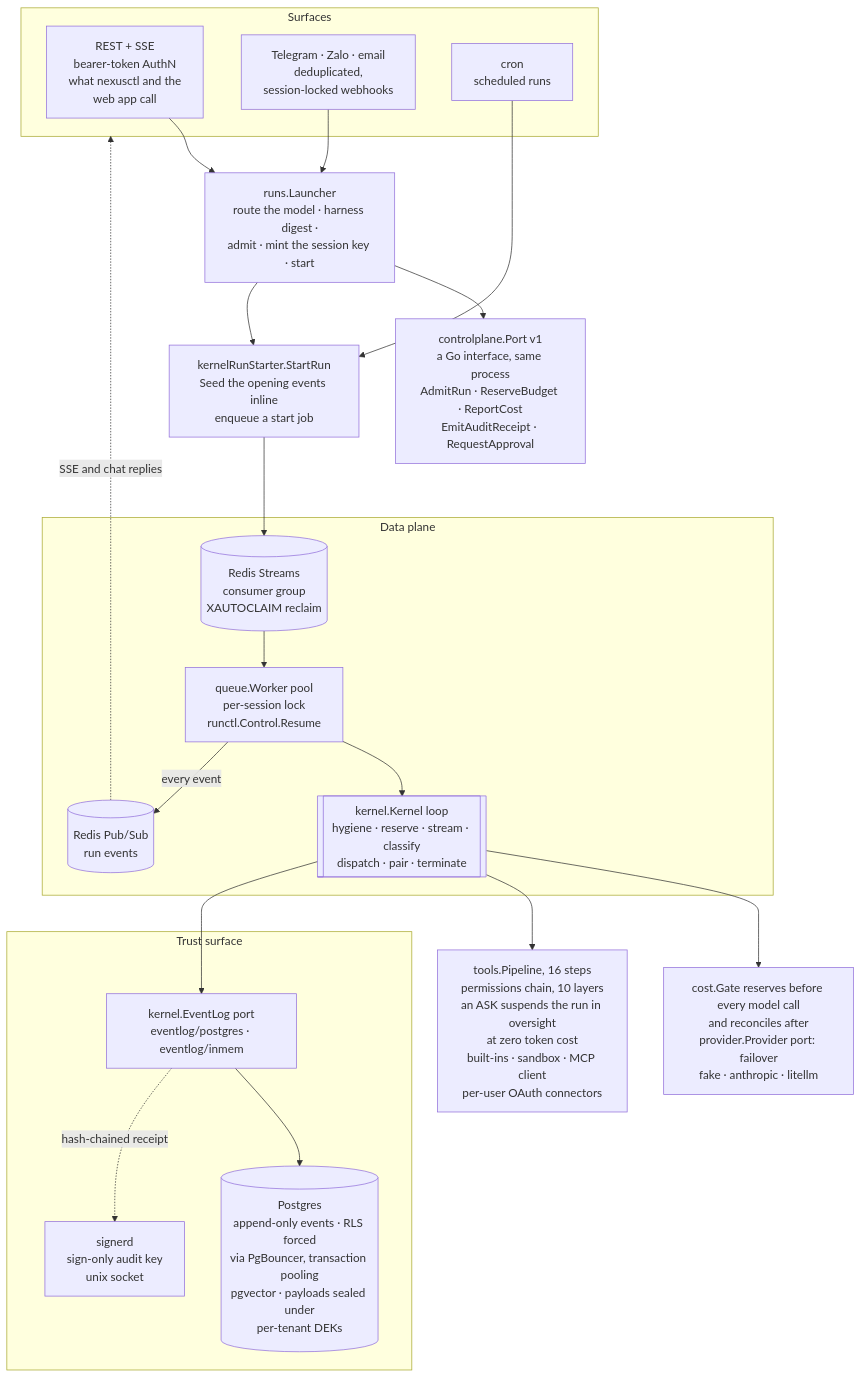
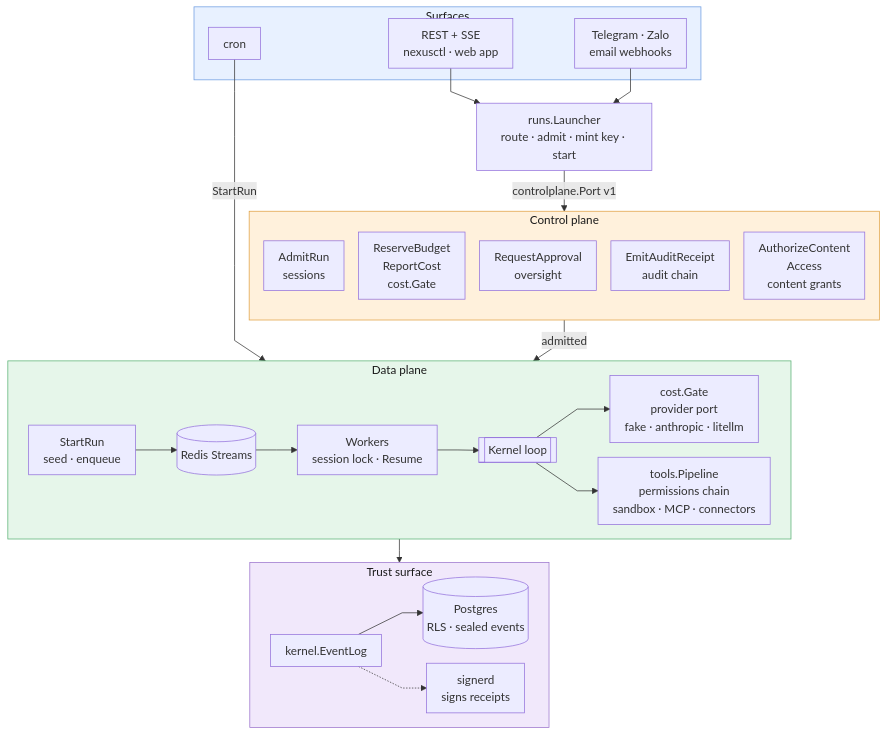
One commit to truongpx396/nexus-agent-demo changed the diagram in README.md. Above: the diagram before and after it, drawn with Mermaid. The commit also changed other lines of this file and 1 other file, not shown here.

First line of the commit message:
docs: frame the project around deployment topology as the original defines it, redraw the diagram (and fix the container build) (#108)

````diff
--- a/README.md
+++ b/README.md
@@ -83,41 +93,45 @@
 ```mermaid
+%%{init: {"flowchart": {"nodeSpacing": 20, "rankSpacing": 32, "padding": 10, "curve": "linear"}}}%%
 flowchart TB
-    subgraph surfaces_sg["Surfaces"]
-        REST["REST + SSE<br/>bearer-token AuthN<br/>what nexusctl and the<br/>web app call"]
-        Chat["Telegram · Zalo · email<br/>deduplicated,<br/>session-locked webhooks"]
-        Cron["cron<br/>scheduled runs"]
+    subgraph SU["Surfaces"]
+        REST["REST + SSE<br/>nexusctl · web app"]
+        CHAT["Telegram · Zalo<br/>email webhooks"]
+        CRON["cron"]
     end
 
-    Launcher["runs.Launcher<br/>route the model · harness digest ·<br/>admit · mint the session key · start"]
-    CP["controlplane.Port v1<br/>a Go interface, same process<br/>AdmitRun · ReserveBudget · ReportCost<br/>EmitAuditReceipt · RequestApproval"]
-    Starter["kernelRunStarter.StartRun<br/>Seed the opening events inline<br/>enqueue a start job"]
+    LA["runs.Launcher<br/>route · admit · mint key · start"]
 
-    REST --> Launcher
-    Chat --> Launcher
-    Launcher --> CP
-    Launcher --> Starter
-    Cron --> Starter
+    subgraph CP["Control plane"]
+        direction TB
+        ADM["AdmitRun<br/>sessions"]
+        BUD["ReserveBudget<br/>ReportCost<br/>cost.Gate"]
+        APR["RequestApproval<br/>oversight"]
+        AUD["EmitAuditReceipt<br/>audit chain"]
+        ACC["AuthorizeContent<br/>Access<br/>content grants"]
+    end
 
-    subgraph dp_sg["Data plane"]
-        Queue[("Redis Streams<br/>consumer group<br/>XAUTOCLAIM reclaim")]
-        Worker["queue.Worker pool<br/>per-session lock<br/>runctl.Control.Resume"]
-        Kernel[["kernel.Kernel loop<br/>hygiene · reserve · stream · classify<br/>dispatch · pair · terminate"]]
-        Bus[("Redis Pub/Sub<br/>run events")]
+    subgraph DP["Data plane"]
+        direction LR
+        ST["StartRun<br/>seed · enqueue"] --> Q[("Redis Streams")] --> W["Workers<br/>session lock · Resume"] --> K[["Kernel loop"]]
+        K --> MODEL["cost.Gate<br/>provider port<br/>fake · anthropic · litellm"]
+        K --> TOOLS["tools.Pipeline<br/>permissions chain<br/>sandbox · MCP · connectors"]
     end
-    Starter --> Queue --> Worker --> Kernel
-    Worker -->|every event| Bus
-    Bus -.->|SSE and chat replies| surfaces_sg
 
-    Model["cost.Gate reserves before every model call<br/>and reconciles after<br/>provider.Provider port: failover<br/>fake · anthropic · litellm"]
-    Tools["tools.Pipeline, 16 steps<br/>permissions chain, 10 layers<br/>an ASK suspends the run in oversight<br/>at zero token cost<br/>built-ins · sandbox · MCP client<br/>per-user OAuth connectors"]
-    Kernel --> Model
-    Kernel --> Tools
+    subgraph TR["Trust surface"]
+        direction LR
+        EL["kernel.EventLog"] --> PG[("Postgres<br/>RLS · sealed events")]
+        EL -.-> SD["signerd<br/>signs receipts"]
+    end
 
-    subgraph trust_sg["Trust surface"]
-        EL["kernel.EventLog port<br/>eventlog/postgres · eventlog/inmem"]
-        PG[("Postgres<br/>append-only events · RLS forced<br/>via PgBouncer, transaction pooling<br/>pgvector · payloads sealed under<br/>per-tenant DEKs")]
-        SD["signerd<br/>sign-only audit key<br/>unix socket"]
-    end
-    Kernel --> EL --> PG
-    EL -.->|hash-chained receipt| SD
+    REST --> LA
+    CHAT --> LA
+    CRON -->|StartRun| DP
+    LA -->|"controlplane.Port v1"| CP
+    CP -->|admitted| DP
+    DP --> TR
+
+    style SU fill:#e8f1ff,stroke:#6c9be0,color:#1a1a1a
+    style CP fill:#fff1dc,stroke:#e0a040,color:#1a1a1a
+    style DP fill:#e6f6ea,stroke:#58b072,color:#1a1a1a
+    style TR fill:#f1e8fb,stroke:#9a72cc,color:#1a1a1a
 ```
````
